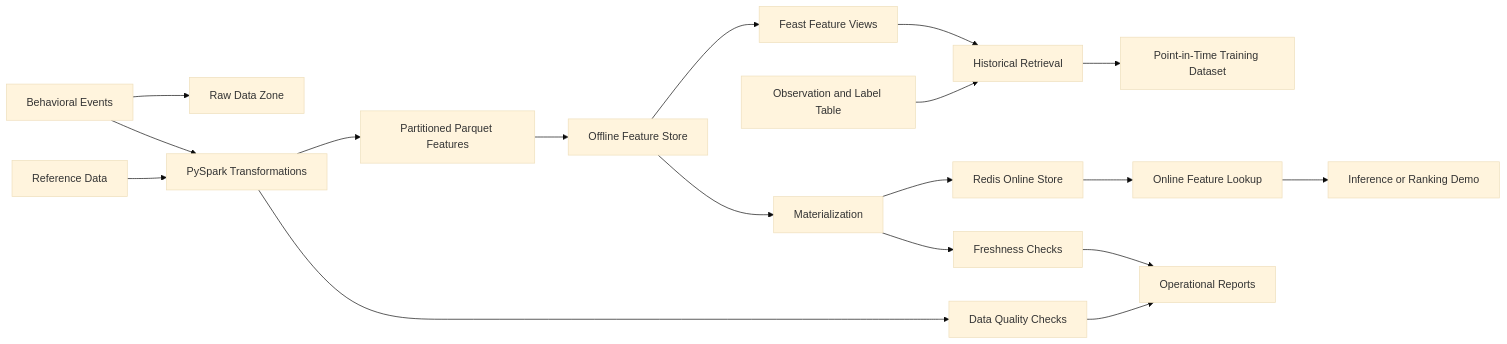
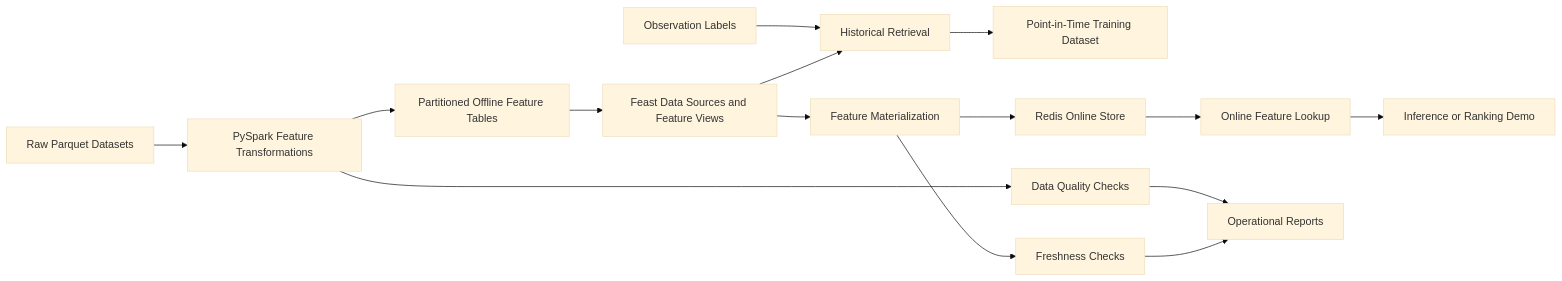
The second of 2 diagrams in ARCHITECTURE.md (oster-dev/featureforge), drawn with Mermaid (base theme) before and after one commit. The commit also changed other lines of this file and 2 other files, not shown here.

Commit message:
docs: document synthetic data generation workflow

````diff
--- a/ARCHITECTURE.md
+++ b/ARCHITECTURE.md
@@ -13,23 +433,20 @@
 ```mermaid
 flowchart LR
-    A[Behavioral Events] --> B[Raw Data Zone]
-    C[Reference Data] --> D[PySpark Transformations]
-    A --> D
-    D --> E[Partitioned Parquet Features]
-    E --> F[Offline Feature Store]
-    F --> G[Feast Feature Views]
+    A[Raw Parquet Datasets] --> B[PySpark Feature Transformations]
+    B --> C[Partitioned Offline Feature Tables]
+    C --> D[Feast Data Sources and Feature Views]
 
-    H[Observation and Label Table] --> I[Historical Retrieval]
-    G --> I
-    I --> J[Point-in-Time Training Dataset]
+    E[Observation Labels] --> F[Historical Retrieval]
+    D --> F
+    F --> G[Point-in-Time Training Dataset]
 
-    F --> K[Materialization]
-    K --> L[Redis Online Store]
-    L --> M[Online Feature Lookup]
-    M --> N[Inference or Ranking Demo]
+    D --> H[Feature Materialization]
+    H --> I[Redis Online Store]
+    I --> J[Online Feature Lookup]
+    J --> K[Inference or Ranking Demo]
 
-    D --> O[Data Quality Checks]
-    K --> P[Freshness Checks]
-    O --> Q[Operational Reports]
-    P --> Q
+    B --> L[Data Quality Checks]
+    H --> M[Freshness Checks]
+    L --> N[Operational Reports]
+    M --> N
 ```
````
